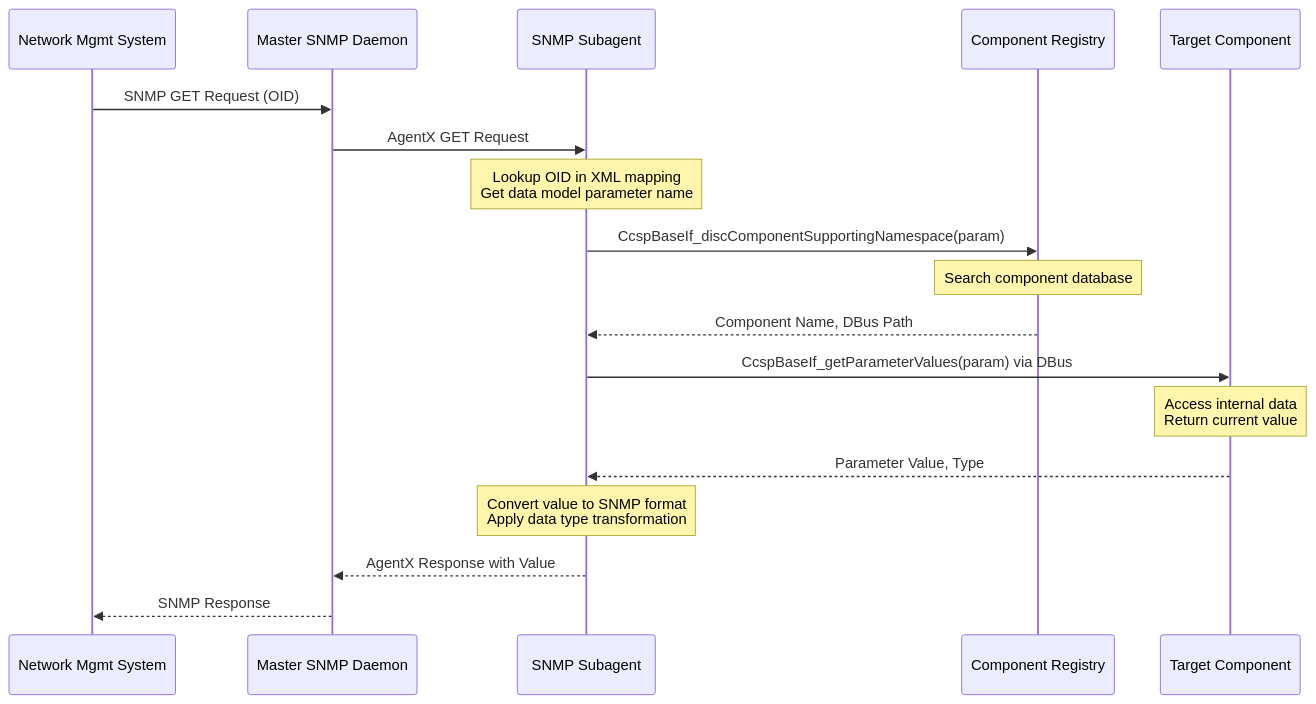
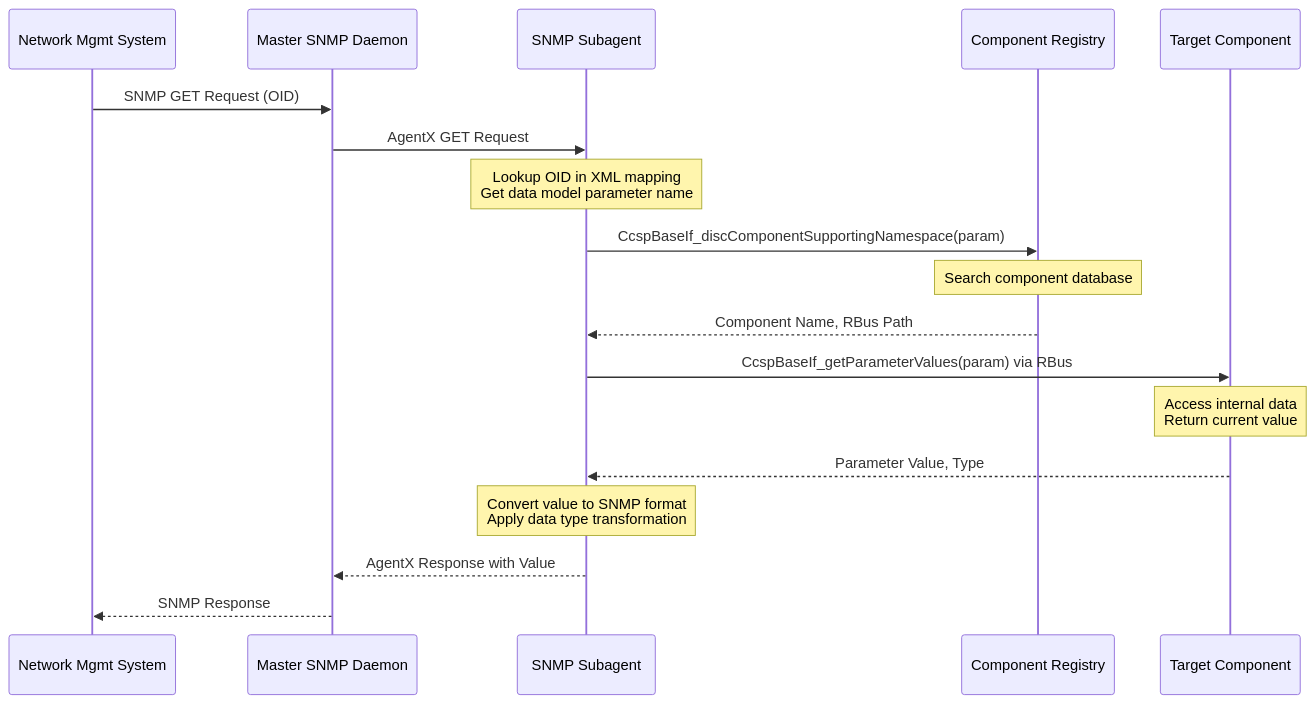
The seventh of 9 diagrams in docs/docu/dec17/snmp-protocol-agent-feb27.md (rns21/RDK_Documentation), drawn with Mermaid before and after one commit. The commit also changed other lines of this file, not shown here.

````diff
--- a/docs/docu/dec17/snmp-protocol-agent-feb27.md
+++ b/docs/docu/dec17/snmp-protocol-agent-feb27.md
@@ -454,24 +446,24 @@
 ```mermaid
 sequenceDiagram
     participant NMS as Network Mgmt System
     participant Master as Master SNMP Daemon
     participant SubAgent as SNMP Subagent
     participant CR as Component Registry
     participant Target as Target Component
 
     NMS->>Master: SNMP GET Request (OID)
     Master->>SubAgent: AgentX GET Request
     Note over SubAgent: Lookup OID in XML mapping<br/>Get data model parameter name
     
     SubAgent->>CR: CcspBaseIf_discComponentSupportingNamespace(param)
     Note over CR: Search component database
-    CR-->>SubAgent: Component Name, DBus Path
+    CR-->>SubAgent: Component Name, RBus Path
     
-    SubAgent->>Target: CcspBaseIf_getParameterValues(param) via DBus
+    SubAgent->>Target: CcspBaseIf_getParameterValues(param) via RBus
     Note over Target: Access internal data<br/>Return current value
     Target-->>SubAgent: Parameter Value, Type
     
     Note over SubAgent: Convert value to SNMP format<br/>Apply data type transformation
     SubAgent-->>Master: AgentX Response with Value
     Master-->>NMS: SNMP Response
 ```
````
